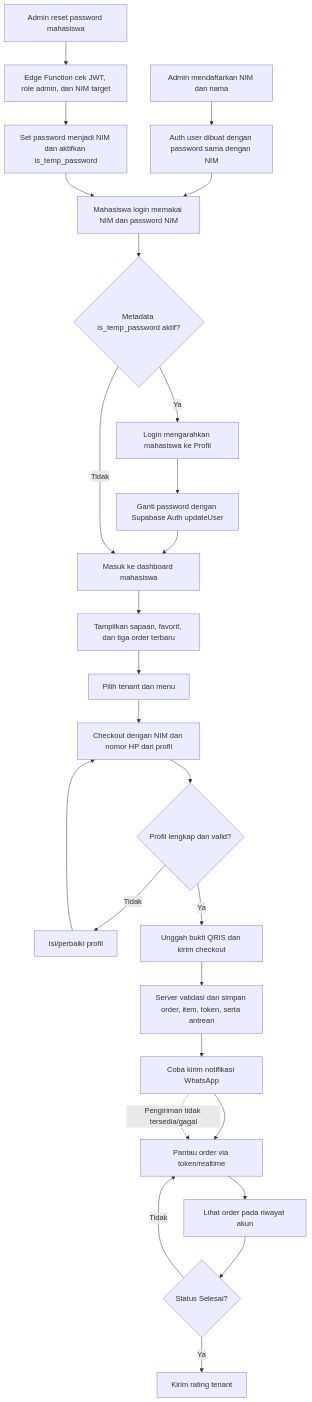
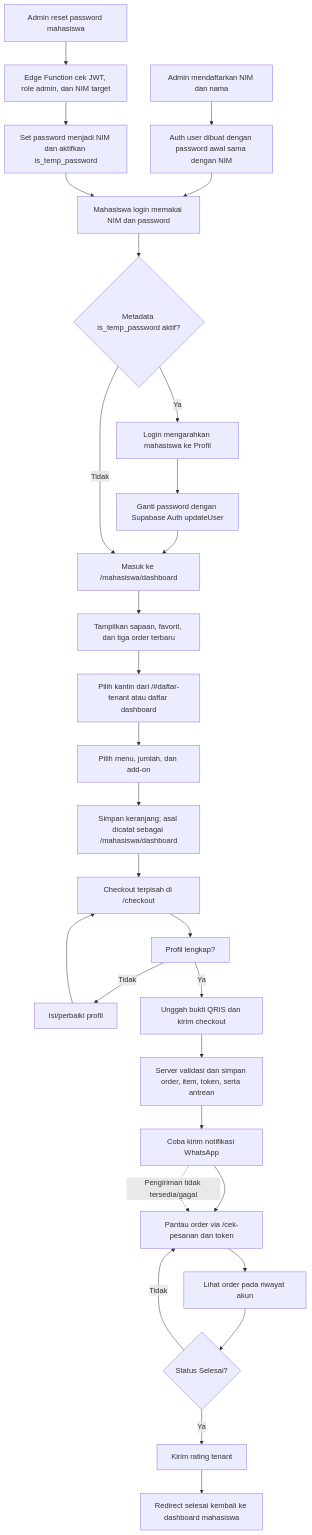
Before and after one commit to nandayudhistirawibowo/SiKantin: the second of 8 diagrams in FLOWCHART.md, drawn with Mermaid. The commit also changed other lines of this file and 24 other files, not shown here.

````diff
--- a/FLOWCHART.md
+++ b/FLOWCHART.md
@@ -40,28 +44,31 @@
 ```mermaid
 flowchart TD
-    A[Admin mendaftarkan NIM dan nama] --> B[Auth user dibuat dengan password sama dengan NIM]
-    B --> C[Mahasiswa login memakai NIM dan password NIM]
+    A[Admin mendaftarkan NIM dan nama] --> B[Auth user dibuat dengan password awal sama dengan NIM]
+    B --> C[Mahasiswa login memakai NIM dan password]
     C --> D{Metadata is_temp_password aktif?}
     D -- Ya --> E[Login mengarahkan mahasiswa ke Profil]
     E --> F[Ganti password dengan Supabase Auth updateUser]
-    F --> G[Masuk ke dashboard mahasiswa]
+    F --> G[Masuk ke /mahasiswa/dashboard]
     D -- Tidak --> G
     H[Admin reset password mahasiswa] --> I[Edge Function cek JWT, role admin, dan NIM target]
     I --> J[Set password menjadi NIM dan aktifkan is_temp_password]
     J --> C
     G --> K[Tampilkan sapaan, favorit, dan tiga order terbaru]
-    K --> L[Pilih tenant dan menu]
-    L --> M[Checkout dengan NIM dan nomor HP dari profil]
-    M --> N{Profil lengkap dan valid?}
-    N -- Tidak --> O[Isi/perbaiki profil]
-    O --> M
-    N -- Ya --> P[Unggah bukti QRIS dan kirim checkout]
-    P --> Q[Server validasi dan simpan order, item, token, serta antrean]
-    Q --> R[Coba kirim notifikasi WhatsApp]
-    R --> S[Pantau order via token/realtime]
-    S --> T[Lihat order pada riwayat akun]
-    T --> U{Status Selesai?}
-    U -- Tidak --> S
-    U -- Ya --> V[Kirim rating tenant]
-    R -. Pengiriman tidak tersedia/gagal .-> S
+    K --> L[Pilih kantin dari /#daftar-tenant atau daftar dashboard]
+    L --> M[Pilih menu, jumlah, dan add-on]
+    M --> N[Simpan keranjang; asal dicatat sebagai /mahasiswa/dashboard]
+    N --> O[Checkout terpisah di /checkout]
+    O --> P[Profil lengkap?]
+    P -- Tidak --> Q[Isi/perbaiki profil]
+    Q --> O
+    P -- Ya --> R[Unggah bukti QRIS dan kirim checkout]
+    R --> S[Server validasi dan simpan order, item, token, serta antrean]
+    S --> T[Coba kirim notifikasi WhatsApp]
+    T --> U[Pantau order via /cek-pesanan dan token]
+    U --> V[Lihat order pada riwayat akun]
+    V --> W{Status Selesai?}
+    W -- Tidak --> U
+    W -- Ya --> X[Kirim rating tenant]
+    X --> Y[Redirect selesai kembali ke dashboard mahasiswa]
+    T -. Pengiriman tidak tersedia/gagal .-> U
 ```
````
